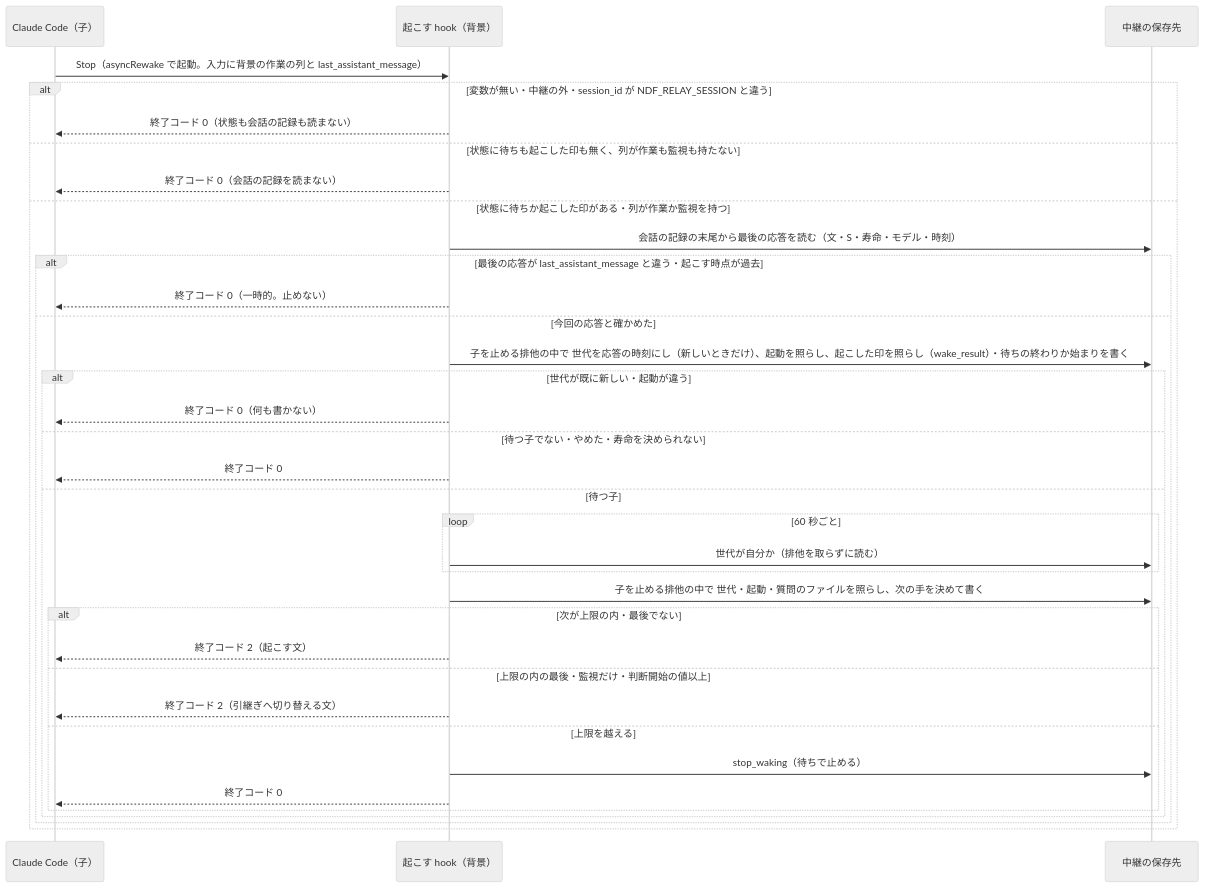
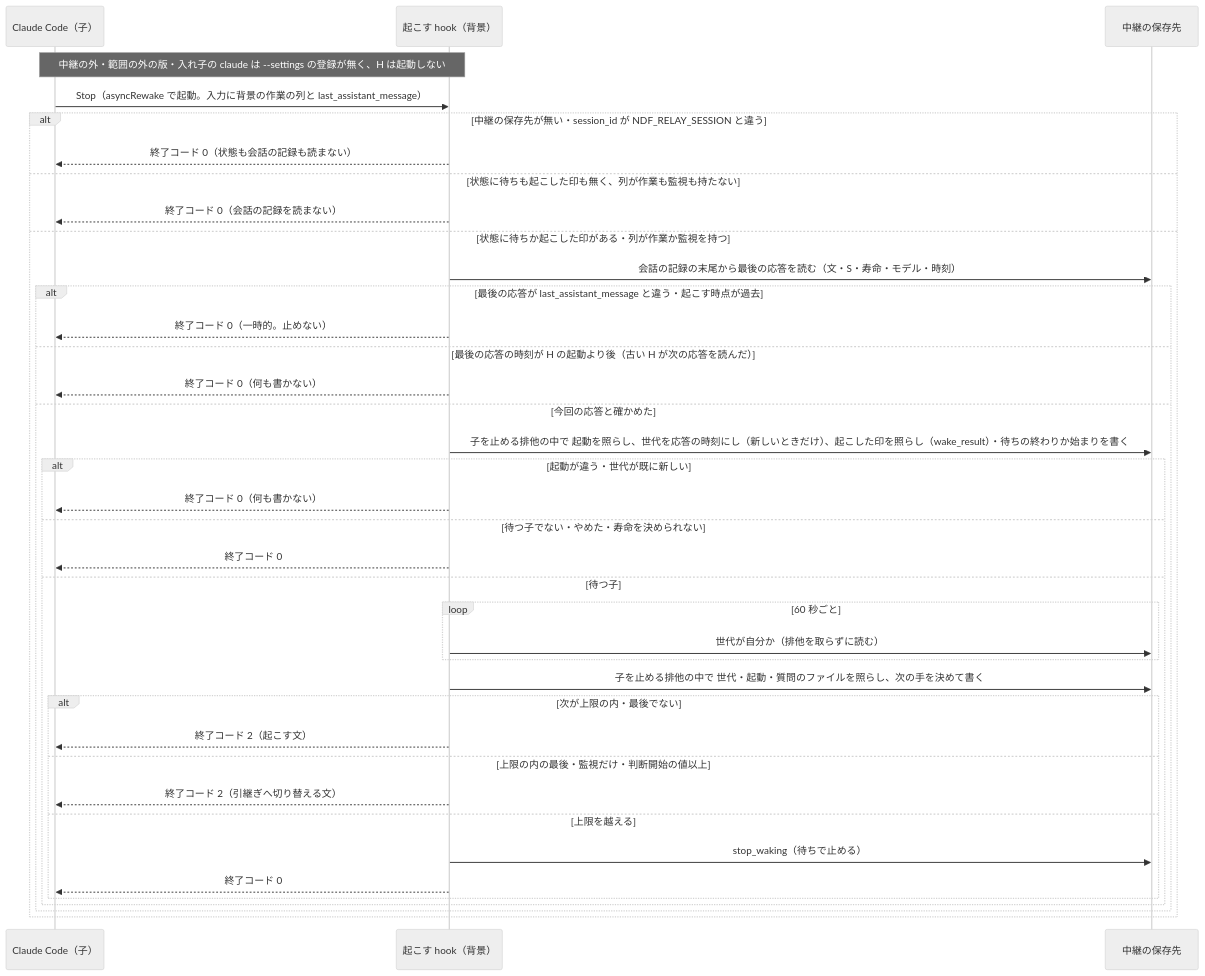
Before and after one commit to devbasex/ai-plugins: the second of 2 diagrams in issues/issue-4068-design.md, drawn with Mermaid (neutral theme). The commit also changed other lines of this file and 1 other file, not shown here.

First line of the commit message:
Docs: 起こす hook を中継の子の --settings にだけ登録し、版の範囲・起動と応答の照らし・待ちの明け方・集計の式を #4068 の設計で直す（cross-review の指摘）

````diff
--- a/issues/issue-4068-design.md
+++ b/issues/issue-4068-design.md
@@ -98,37 +98,40 @@
 ```mermaid
 sequenceDiagram
   participant CC as Claude Code（子）
   participant H as 起こす hook（背景）
   participant F as 中継の保存先
+  Note over CC,H: 中継の外・範囲の外の版・入れ子の claude は --settings の登録が無く、H は起動しない
   CC->>H: Stop（asyncRewake で起動。入力に背景の作業の列と last_assistant_message）
-  alt 変数が無い・中継の外・session_id が NDF_RELAY_SESSION と違う
+  alt 中継の保存先が無い・session_id が NDF_RELAY_SESSION と違う
     H-->>CC: 終了コード 0（状態も会話の記録も読まない）
   else 状態に待ちも起こした印も無く、列が作業も監視も持たない
     H-->>CC: 終了コード 0（会話の記録を読まない）
   else 状態に待ちか起こした印がある・列が作業か監視を持つ
     H->>F: 会話の記録の末尾から最後の応答を読む（文・S・寿命・モデル・時刻）
     alt 最後の応答が last_assistant_message と違う・起こす時点が過去
       H-->>CC: 終了コード 0（一時的。止めない）
+    else 最後の応答の時刻が H の起動より後（古い H が次の応答を読んだ）
+      H-->>CC: 終了コード 0（何も書かない）
     else 今回の応答と確かめた
-      H->>F: 子を止める排他の中で 世代を応答の時刻にし（新しいときだけ）、起動を照らし、起こした印を照らし（wake_result）・待ちの終わりか始まりを書く
-      alt 世代が既に新しい・起動が違う
+      H->>F: 子を止める排他の中で 起動を照らし、世代を応答の時刻にし（新しいときだけ）、起こした印を照らし（wake_result）・待ちの終わりか始まりを書く
+      alt 起動が違う・世代が既に新しい
         H-->>CC: 終了コード 0（何も書かない）
       else 待つ子でない・やめた・寿命を決められない
         H-->>CC: 終了コード 0
       else 待つ子
         loop 60 秒ごと
           H->>F: 世代が自分か（排他を取らずに読む）
         end
         H->>F: 子を止める排他の中で 世代・起動・質問のファイルを照らし、次の手を決めて書く
         alt 次が上限の内・最後でない
           H-->>CC: 終了コード 2（起こす文）
         else 上限の内の最後・監視だけ・判断開始の値以上
           H-->>CC: 終了コード 2（引継ぎへ切り替える文）
         else 上限を越える
           H->>F: stop_waking（待ちで止める）
           H-->>CC: 終了コード 0
         end
       end
     end
   end
 ```
````
